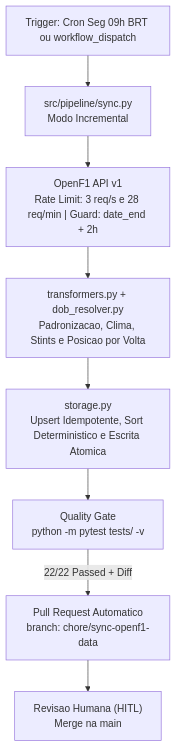
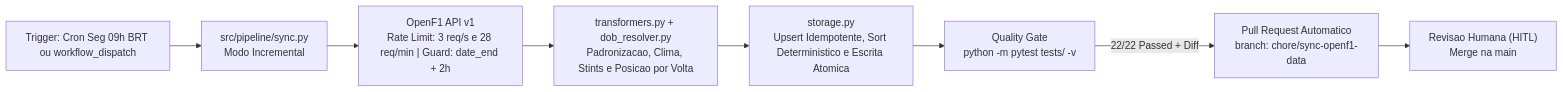
Before and after one commit to VitorAlvs/F1-Data-Analysis: the diagram in README.md, drawn with Mermaid.

````diff
--- a/README.md
+++ b/README.md
@@ -56,10 +56,10 @@
 ```mermaid
-flowchart TD
+flowchart LR
     A["Trigger: Cron Seg 09h BRT ou workflow_dispatch"] --> B["src/pipeline/sync.py<br/>Modo Incremental"]
     B --> C["OpenF1 API v1<br/>Rate Limit: 3 req/s e 28 req/min | Guard: date_end + 2h"]
     C --> D["transformers.py + dob_resolver.py<br/>Padronizacao, Clima, Stints e Posicao por Volta"]
     D --> E["storage.py<br/>Upsert Idempotente, Sort Deterministico e Escrita Atomica"]
     E --> F["Quality Gate<br/>python -m pytest tests/ -v"]
     F -->|"22/22 Passed + Diff"| G["Pull Request Automatico<br/>branch: chore/sync-openf1-data"]
     G --> H["Revisao Humana (HITL)<br/>Merge na main"]
 ```
````
